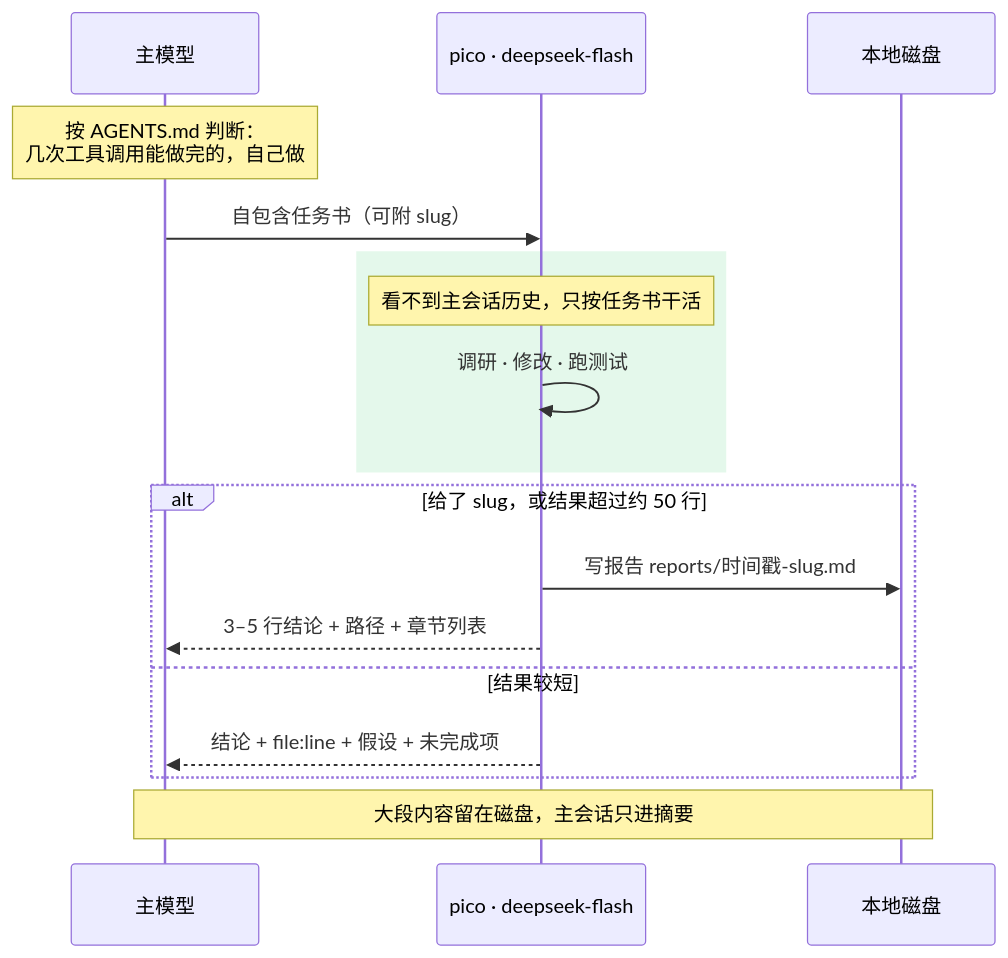
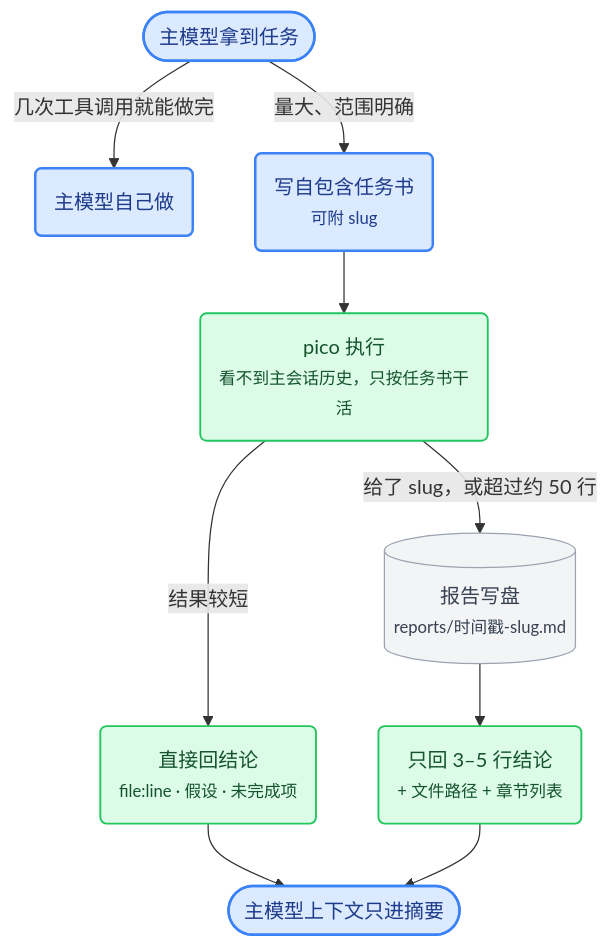
The third of 5 diagrams in drafts/mermaid-草图.md (Jerry2003sky/pi-playbook), drawn with Mermaid before and after one commit.

Commit message:
docs: 草图 3 改为流程图

````diff
--- a/drafts/mermaid-草图.md
+++ b/drafts/mermaid-草图.md
@@ -58,23 +58,19 @@
 ```mermaid
-sequenceDiagram
-    participant M as 主模型
-    participant P as pico · deepseek-flash
-    participant D as 本地磁盘
+flowchart TB
+    A(["主模型拿到任务"])
+    A -- 几次工具调用就能做完 --> Self("主模型自己做")
+    A -- 量大、范围明确 --> T("写自包含任务书<br/><small>可附 slug</small>")
+    T --> P("pico 执行<br/><small>看不到主会话历史，只按任务书干活</small>")
+    P -- 结果较短 --> R1("直接回结论<br/><small>file:line · 假设 · 未完成项</small>")
+    P -- 给了 slug，或超过约 50 行 --> D[("报告写盘<br/><small>reports/时间戳-slug.md</small>")]
+    D --> R2("只回 3–5 行结论<br/><small>+ 文件路径 + 章节列表</small>")
+    R1 --> M(["主模型上下文只进摘要"])
+    R2 --> M
 
-    Note over M: 按 AGENTS.md 判断：<br/>几次工具调用能做完的，自己做
-    M->>P: 自包含任务书（可附 slug）
-
-    rect rgba(34, 197, 94, 0.12)
-        Note over P: 看不到主会话历史，只按任务书干活
-        P->>P: 调研 · 修改 · 跑测试
-    end
-
-    alt 给了 slug，或结果超过约 50 行
-        P->>D: 写报告 reports/时间戳-slug.md
-        P-->>M: 3–5 行结论 + 路径 + 章节列表
-    else 结果较短
-        P-->>M: 结论 + file:line + 假设 + 未完成项
-    end
-
-    Note over M,D: 大段内容留在磁盘，主会话只进摘要
+    classDef main fill:#dbeafe,stroke:#3b82f6,stroke-width:2px,color:#1e3a8a
+    classDef cheapN fill:#dcfce7,stroke:#22c55e,stroke-width:1.5px,color:#14532d
+    classDef store fill:#f3f4f6,stroke:#9ca3af,color:#374151
+    class A,Self,T,M main
+    class P,R1,R2 cheapN
+    class D store
 ```
````
